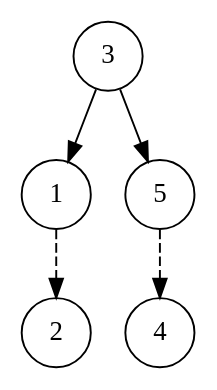
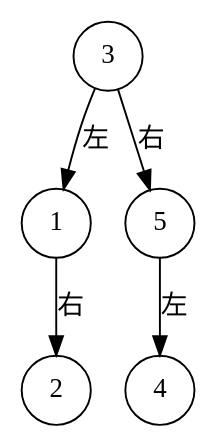
Before and after one commit to AzenAnn/DSA-Mastery: the first of 6 diagrams in content/chapter-08-search/02-binary-search-tree.md, drawn with Graphviz. The commit also changed other lines of this file and 11 other files, not shown here.

First line of the commit message:
fix(ch08): correct graphviz diagram clusters and edge semantics

````diff
--- a/content/chapter-08-search/02-binary-search-tree.md
+++ b/content/chapter-08-search/02-binary-search-tree.md
@@ -104,10 +104,10 @@
 ```graphviz
 digraph BalancedBST {
   rankdir=TB;
   node [shape=circle];
-  3 -> 1;
-  3 -> 5;
-  1 -> 2 [style=dashed];
-  5 -> 4 [style=dashed];
+  3 -> 1 [label="左"];
+  3 -> 5 [label="右"];
+  1 -> 2 [label="右"];
+  5 -> 4 [label="左"];
 }
 ```
````
